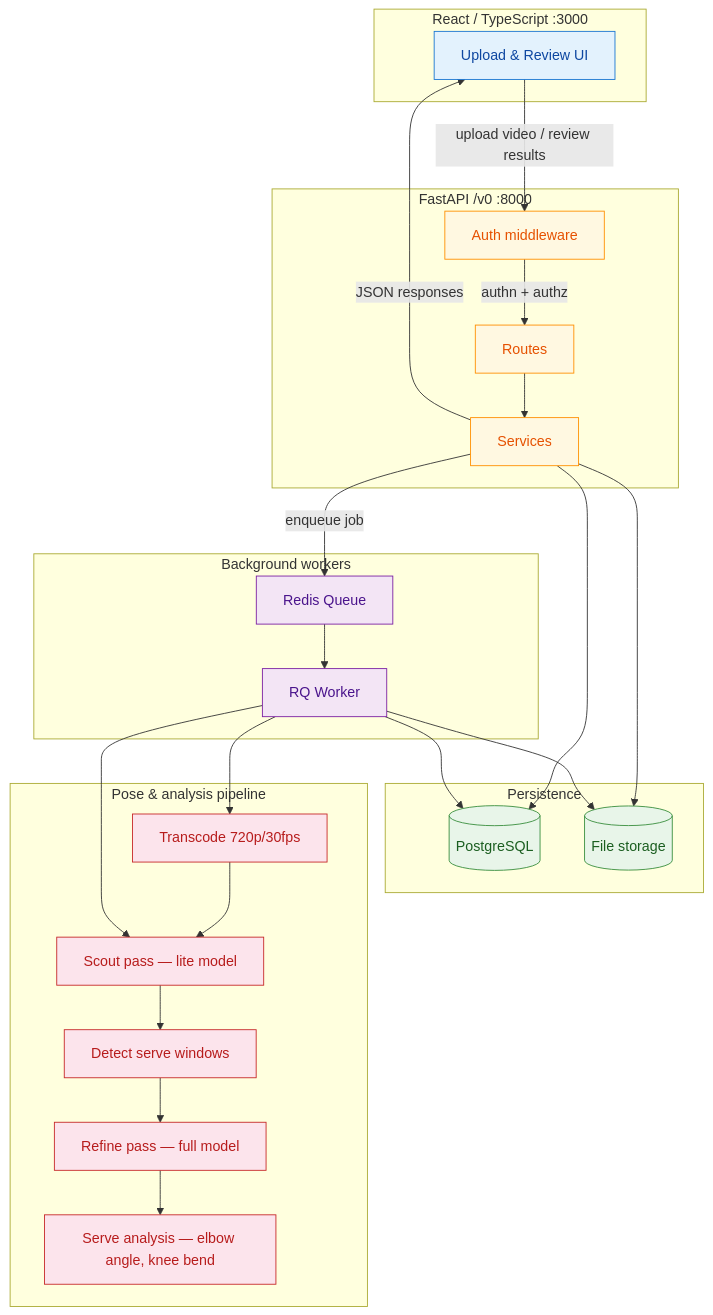
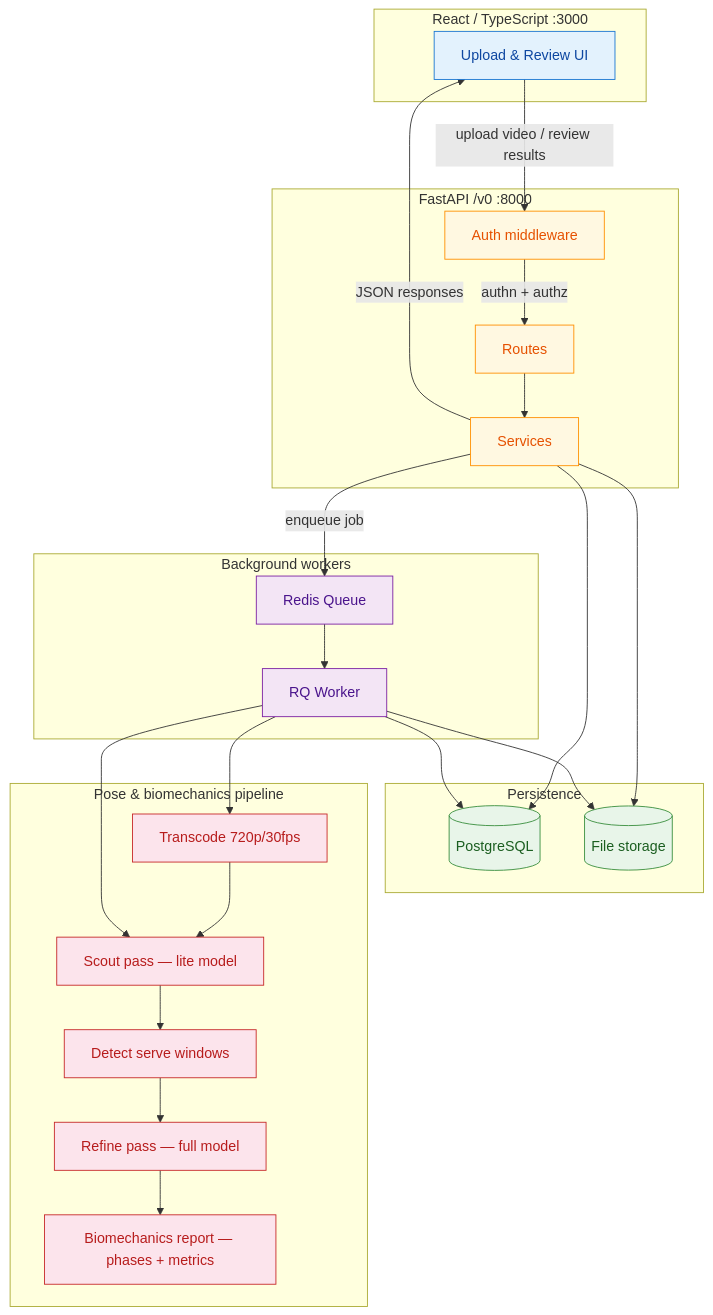
Before and after one commit to aseda-sam/tennis_coach_app: the diagram in project_docs/diagrams/system-overview.md, drawn with Mermaid. The commit also changed other lines of this file and 29 other files, not shown here.

Commit message:
Consolidate serve metrics under biomechanics

````diff
--- a/project_docs/diagrams/system-overview.md
+++ b/project_docs/diagrams/system-overview.md
@@ -5,70 +5,70 @@
 ```mermaid
 flowchart TD
   subgraph CLIENT ["React / TypeScript :3000"]
     UI[Upload & Review UI]
   end
 
   subgraph API ["FastAPI /v0 :8000"]
     AUTH[Auth middleware]
     ROUTES[Routes]
     SERVICES[Services]
   end
 
   subgraph BACKGROUND ["Background workers"]
     RQ[Redis Queue]
     WORKER[RQ Worker]
   end
 
   subgraph STORAGE ["Persistence"]
     DB[(PostgreSQL)]
     FILES[(File storage)]
   end
 
-  subgraph PIPELINE ["Pose & analysis pipeline"]
+  subgraph PIPELINE ["Pose & biomechanics pipeline"]
     TRANSCODE[Transcode 720p/30fps]
     SCOUT[Scout pass — lite model]
     DETECT[Detect serve windows]
     REFINE[Refine pass — full model]
-    ANALYZE[Serve analysis — elbow angle, knee bend]
+    ANALYZE[Biomechanics report — phases + metrics]
   end
 
   %% Client → API
   UI -->|upload video / review results| AUTH
   AUTH -->|authn + authz| ROUTES
   ROUTES --> SERVICES
 
   %% API → persistence
   SERVICES --> DB
   SERVICES --> FILES
 
   %% API → background
   SERVICES -->|enqueue job| RQ
   RQ --> WORKER
 
   %% Worker pipeline
   WORKER --> TRANSCODE
   TRANSCODE --> SCOUT
   WORKER --> SCOUT
   SCOUT --> DETECT
   DETECT --> REFINE
   REFINE --> ANALYZE
 
   %% Worker → persistence
   WORKER --> DB
   WORKER --> FILES
 
   %% Results back to client
   SERVICES -->|JSON responses| UI
 
   classDef client fill:#e3f2fd,stroke:#1976d2,color:#0d47a1
   classDef api fill:#fff8e1,stroke:#ff8f00,color:#e65100
   classDef bg fill:#f3e5f5,stroke:#7b1fa2,color:#4a148c
   classDef store fill:#e8f5e9,stroke:#388e3c,color:#1b5e20
   classDef pipe fill:#fce4ec,stroke:#c62828,color:#b71c1c
 
   class UI client
   class AUTH,ROUTES,SERVICES api
   class RQ,WORKER bg
   class DB,FILES store
   class TRANSCODE,SCOUT,DETECT,REFINE,ANALYZE pipe
 ```
````
